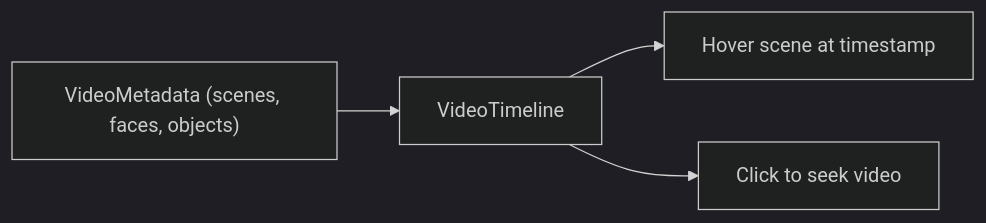
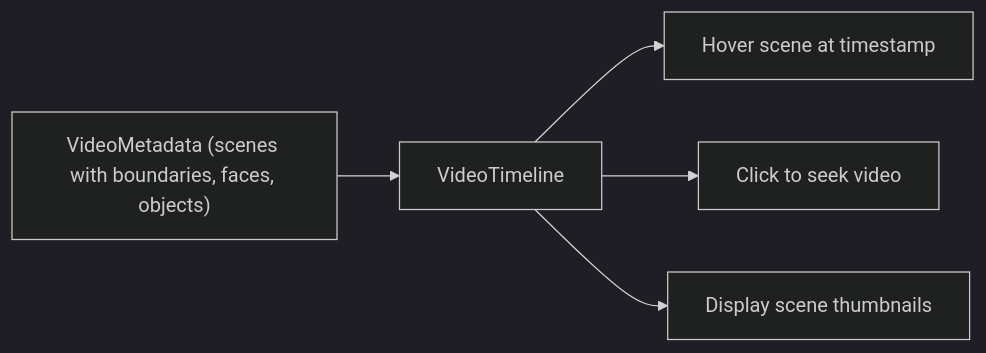
The seventh of 8 diagrams in .qoder/repowiki/en/content/Media Processing Pipeline/Visual Analysis Stage.md (alexandreybasta-cyber/dubai-media-ai), drawn with Mermaid (dark theme) before and after one commit. The commit also changed other lines of this file and 49 other files, not shown here.

````diff
--- a/.qoder/repowiki/en/content/Media Processing Pipeline/Visual Analysis Stage.md
+++ b/.qoder/repowiki/en/content/Media Processing Pipeline/Visual Analysis Stage.md
@@ -292,6 +383,7 @@
 ```mermaid
 graph LR
-Meta["VideoMetadata (scenes, faces, objects)"] --> TL["VideoTimeline"]
+Meta["VideoMetadata (scenes with boundaries, faces, objects)"] --> TL["VideoTimeline"]
 TL --> Hover["Hover scene at timestamp"]
 TL --> Seek["Click to seek video"]
+TL --> Thumbnails["Display scene thumbnails"]
 ```
````
